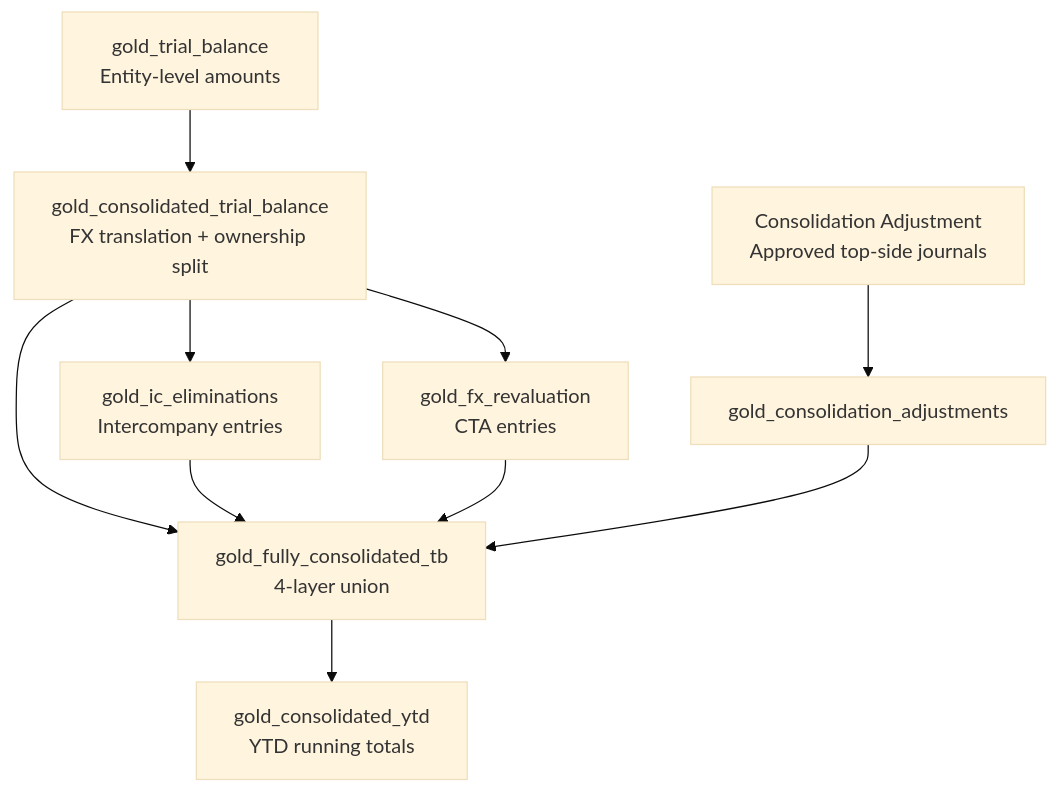
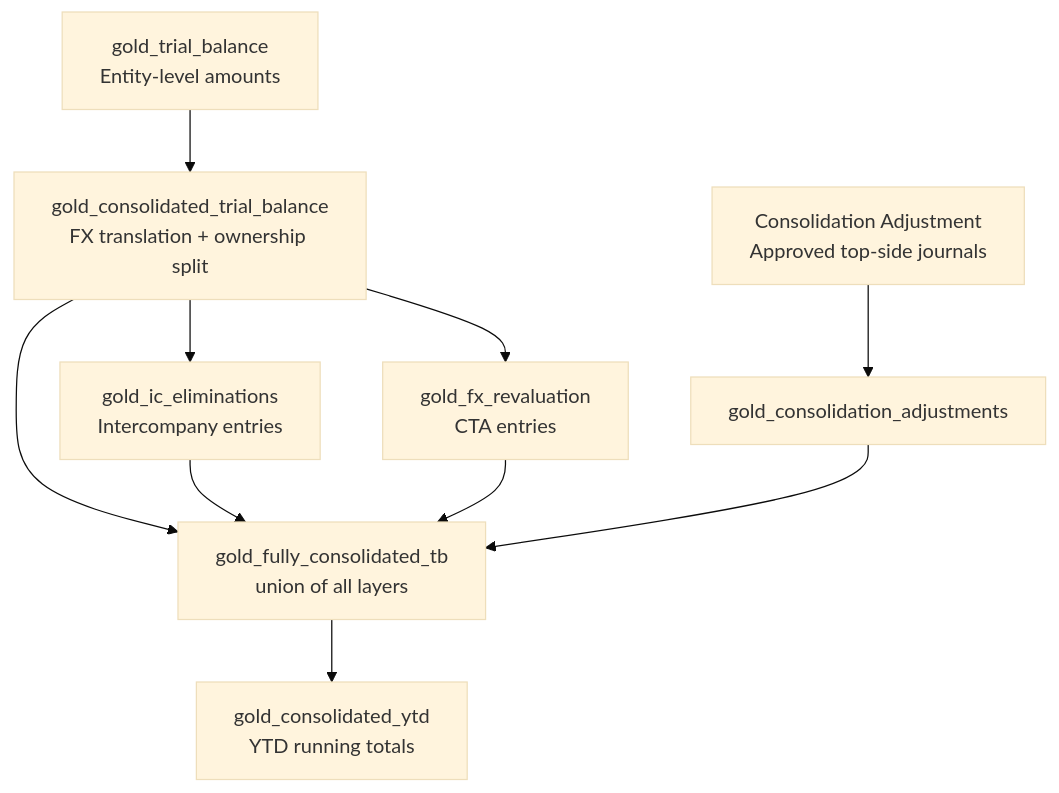
The first of 2 diagrams in docs/user-guide/consolidation-guide.md (grynn-in/konsolidat), drawn with Mermaid (base theme) before and after one commit. The commit also changed other lines of this file and 15 other files, not shown here.

First line of the commit message:
docs: fact-check fixes (roadmap hierarchy rule, troubleshooting table creation, 7 databases, fully consolidated TB layers, write-through wording, D365 FX mapping)

````diff
--- a/docs/user-guide/consolidation-guide.md
+++ b/docs/user-guide/consolidation-guide.md
@@ -7,12 +7,12 @@
 ```mermaid
 graph TD
     TB[gold_trial_balance<br/>Entity-level amounts] --> CTB[gold_consolidated_trial_balance<br/>FX translation + ownership split]
     CTB --> IC[gold_ic_eliminations<br/>Intercompany entries]
     CTB --> FX[gold_fx_revaluation<br/>CTA entries]
     ADJ[Consolidation Adjustment<br/>Approved top-side journals] --> CADJ[gold_consolidation_adjustments]
-    CTB --> FCTB[gold_fully_consolidated_tb<br/>4-layer union]
+    CTB --> FCTB[gold_fully_consolidated_tb<br/>union of all layers]
     IC --> FCTB
     FX --> FCTB
     CADJ --> FCTB
     FCTB --> CYTD[gold_consolidated_ytd<br/>YTD running totals]
 ```
````
